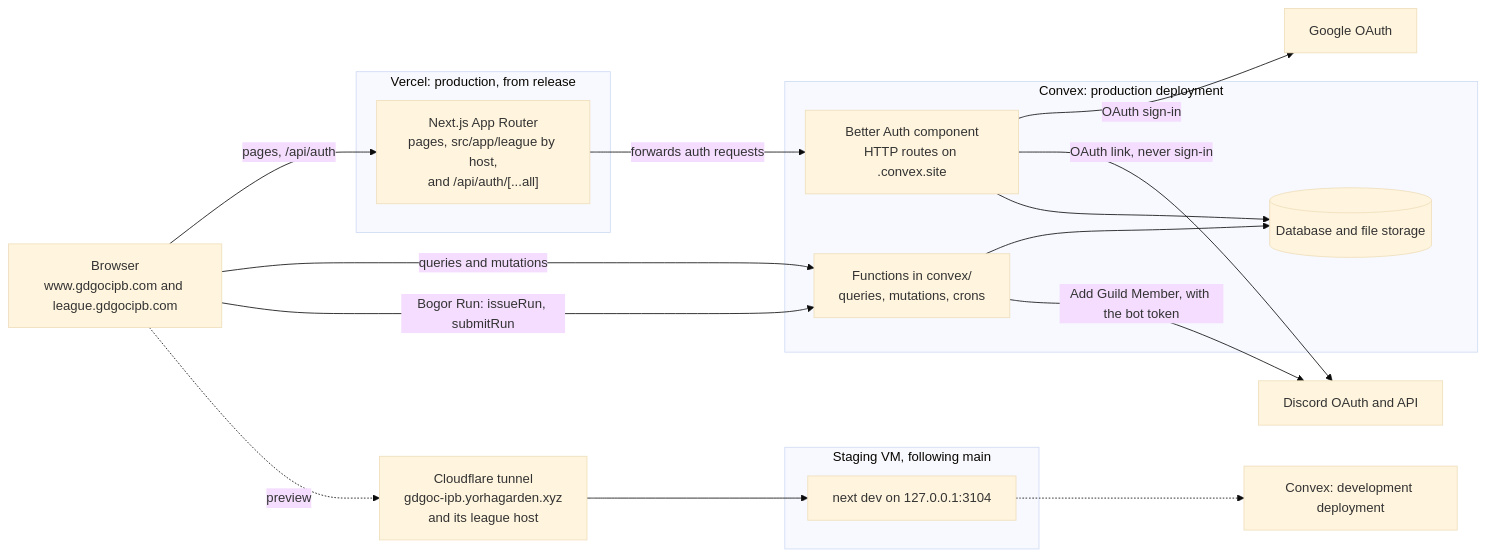
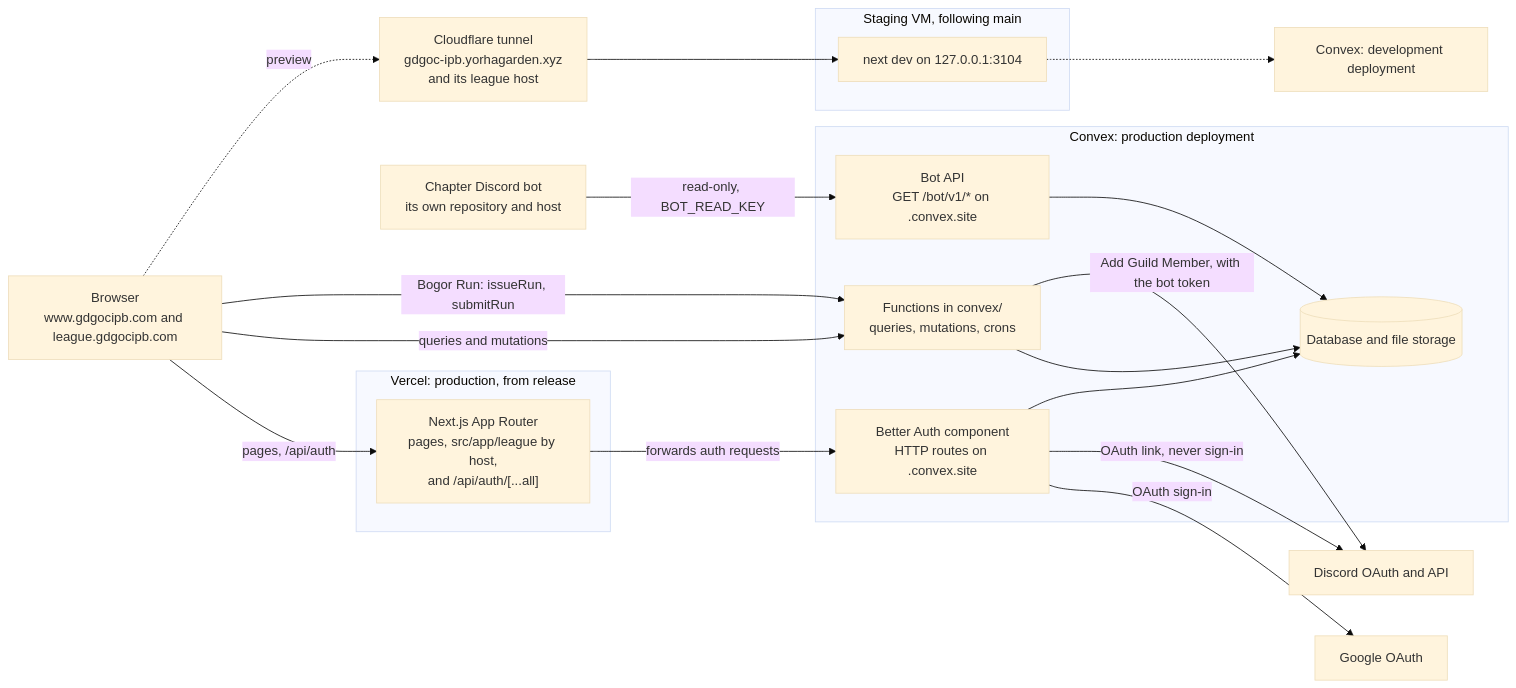
One commit to gdgoc-ipb-university/gdgoc-web changed the diagram in docs/ARCHITECTURE.md. Above: the diagram before and after it, drawn with Mermaid (base theme). The commit also changed other lines of this file and 7 other files, not shown here.

First line of the commit message:
feat(bot): read-only bot API with programs, events and cohorts (#259) (#267)

````diff
--- a/docs/ARCHITECTURE.md
+++ b/docs/ARCHITECTURE.md
@@ -5,34 +5,38 @@
 ```mermaid
 flowchart LR
   browser["Browser<br/>www.gdgocipb.com and league.gdgocipb.com"]
   google["Google OAuth"]
   discord["Discord OAuth and API"]
+  bot["Chapter Discord bot<br/>its own repository and host"]
 
   subgraph vercel["Vercel: production, from release"]
     next["Next.js App Router<br/>pages, src/app/league by host,<br/>and /api/auth/[...all]"]
   end
 
   subgraph convex["Convex: production deployment"]
     fns["Functions in convex/<br/>queries, mutations, crons"]
     auth["Better Auth component<br/>HTTP routes on .convex.site"]
+    botapi["Bot API<br/>GET /bot/v1/* on .convex.site"]
     db[("Database and file storage")]
   end
 
   subgraph staging["Staging VM, following main"]
     dev["next dev on 127.0.0.1:3104"]
   end
   tunnel["Cloudflare tunnel<br/>gdgoc-ipb.yorhagarden.xyz<br/>and its league host"]
   convexdev["Convex: development deployment"]
 
   browser -- "pages, /api/auth" --> next
   next -- "forwards auth requests" --> auth
   auth -- "OAuth sign-in" --> google
   auth -- "OAuth link, never sign-in" --> discord
   browser -- "queries and mutations" --> fns
   browser -- "Bogor Run: issueRun, submitRun" --> fns
   fns --> db
   fns -- "Add Guild Member, with the bot token" --> discord
+  bot -- "read-only, BOT_READ_KEY" --> botapi
+  botapi --> db
   auth --> db
   browser -. "preview" .-> tunnel --> dev
   dev -.-> convexdev
 ```
````
